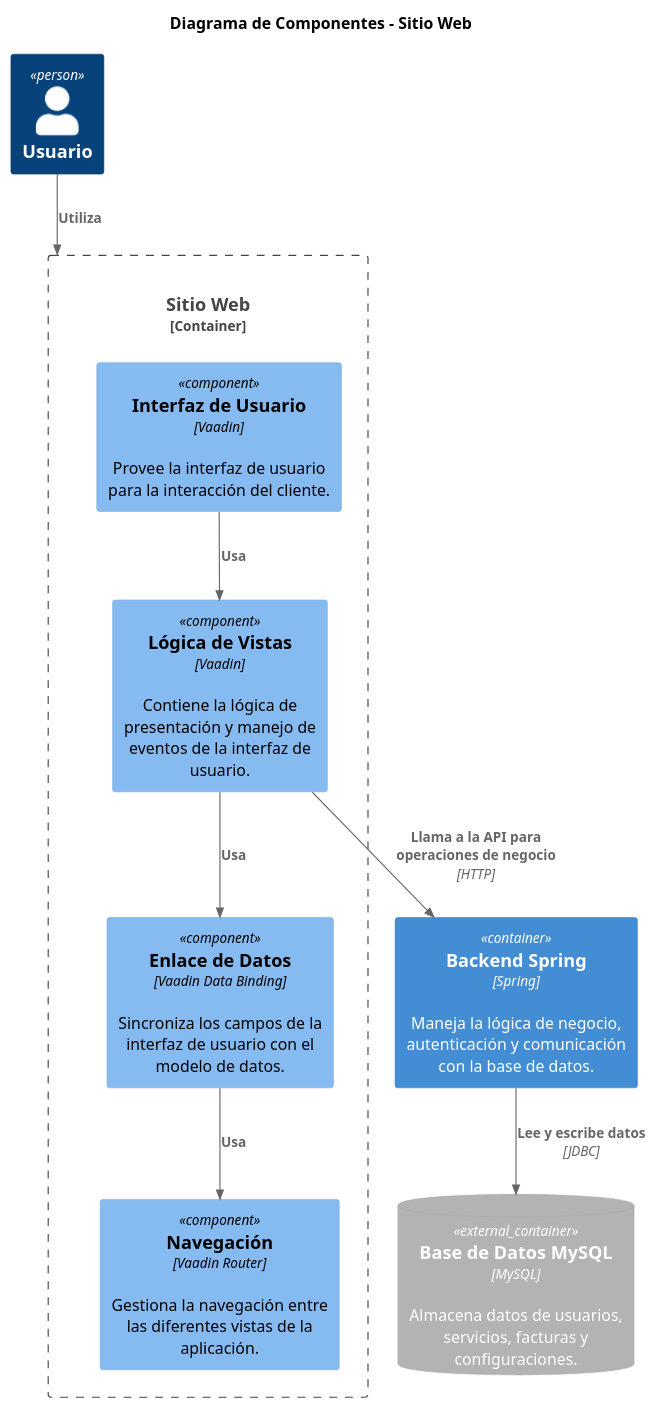
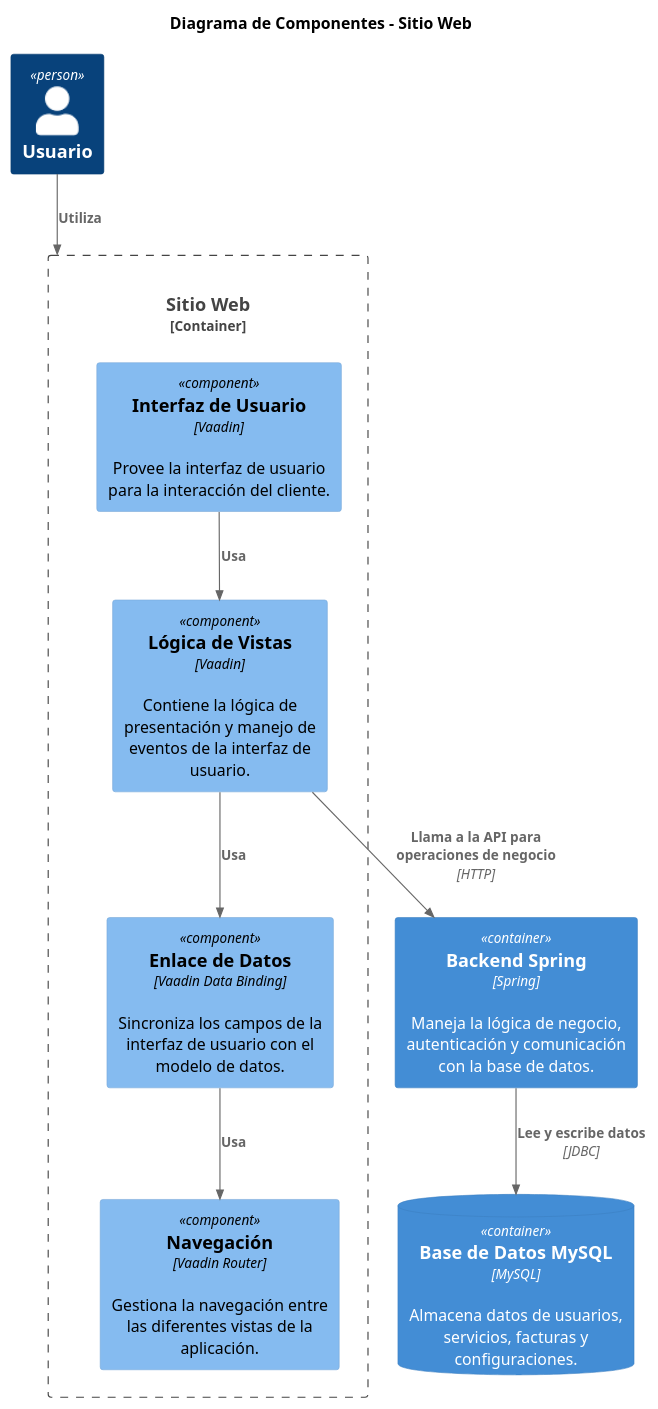
The diagram in docs/diagrams/WebComponentDiagramC4.puml (davidbp10/iw2023-2024-MovilUCA), drawn with PlantUML before and after one commit. The commit also changed 7 other files, not shown here.

Commit message:
Mejoras diagramas C4

```diff
--- a/docs/diagrams/WebComponentDiagramC4.puml
+++ b/docs/diagrams/WebComponentDiagramC4.puml
@@ -1,27 +1,27 @@
 @startuml
 !include https://raw.githubusercontent.com/plantuml-stdlib/C4-PlantUML/master/C4_Component.puml
 
 title Diagrama de Componentes - Sitio Web 
 
 Person(usuario, "Usuario", "")
 
 Container_Boundary(web, "Sitio Web", "Vaadin", "Permite a los clientes interactuar con la plataforma.") {
     Component(ui, "Interfaz de Usuario", "Vaadin", "Provee la interfaz de usuario para la interacción del cliente.")
     Component(viewLogic, "Lógica de Vistas", "Vaadin", "Contiene la lógica de presentación y manejo de eventos de la interfaz de usuario.")
     Component(dataBinding, "Enlace de Datos", "Vaadin Data Binding", "Sincroniza los campos de la interfaz de usuario con el modelo de datos.")
     Component(navigation, "Navegación", "Vaadin Router", "Gestiona la navegación entre las diferentes vistas de la aplicación.")
     
     Rel(ui, viewLogic, "Usa")
     Rel(viewLogic, dataBinding, "Usa")
     Rel(dataBinding, navigation, "Usa")
 }
 
 
-ContainerDb_Ext(bd, "Base de Datos MySQL", "MySQL", "Almacena datos de usuarios, servicios, facturas y configuraciones.")
+ContainerDb(bd, "Base de Datos MySQL", "MySQL", "Almacena datos de usuarios, servicios, facturas y configuraciones.")
 Container(backend, "Backend Spring", "Spring", "Maneja la lógica de negocio, autenticación y comunicación con la base de datos.")
 
 Rel(usuario, web, "Utiliza")
 Rel(viewLogic, backend, "Llama a la API para operaciones de negocio", "HTTP")
 Rel(backend, bd, "Lee y escribe datos", "JDBC")
 
 @enduml
```
